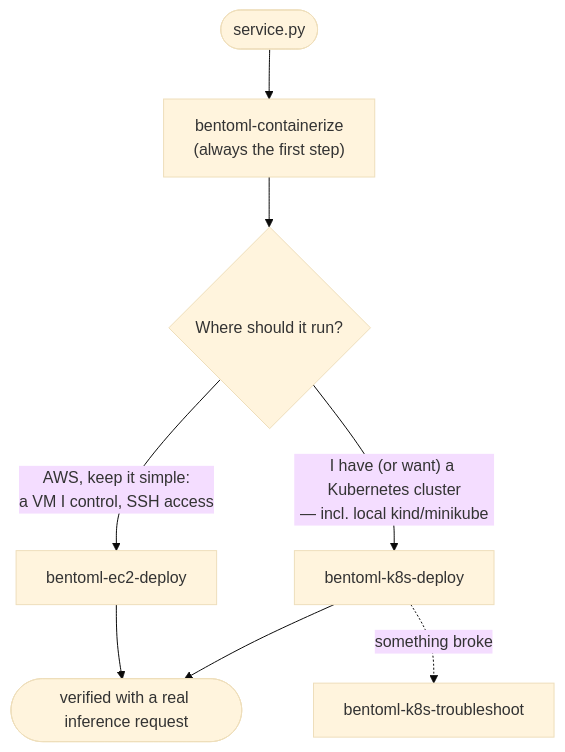
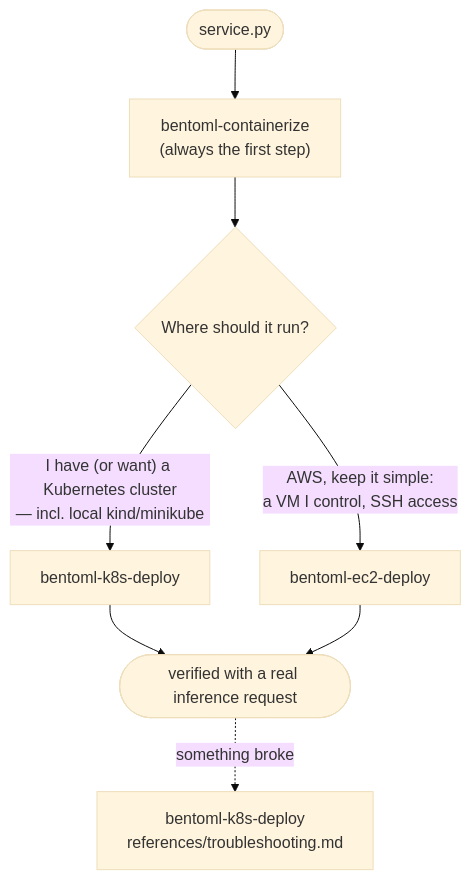
One commit to bentoml/BentoML changed the diagram in skills/README.md. Above: the diagram before and after it, drawn with Mermaid (base theme). The commit also changed other lines of this file and 15 other files, not shown here.

````diff
--- a/skills/README.md
+++ b/skills/README.md
@@ -33,10 +28,10 @@
 ```mermaid
 flowchart TD
     S([service.py]) --> C["bentoml-containerize<br/>(always the first step)"]
     C --> Q{Where should it run?}
     Q -->|"I have (or want) a Kubernetes cluster<br/>— incl. local kind/minikube"| K8S["bentoml-k8s-deploy"]
     Q -->|"AWS, keep it simple:<br/>a VM I control, SSH access"| EC2["bentoml-ec2-deploy"]
     K8S --> V([verified with a real inference request])
     EC2 --> V
-    K8S -.->|something broke| TS["bentoml-k8s-troubleshoot"]
+    V -.->|something broke| TS["bentoml-k8s-deploy<br/>references/troubleshooting.md"]
 ```
````
